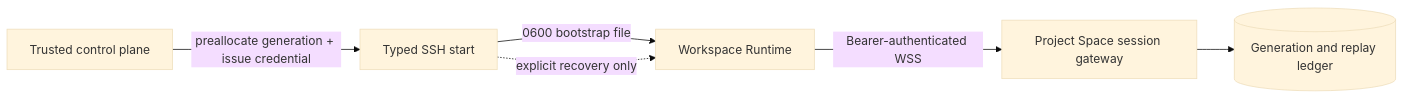
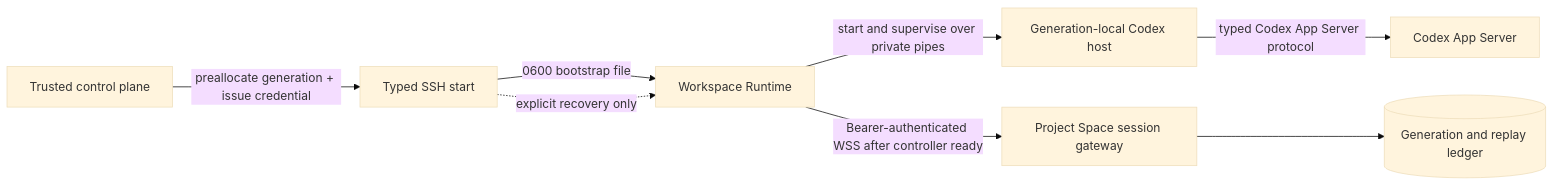
The diagram in docs/workspace-runtime-sessions.md (DotNaos/project-space), drawn with Mermaid (base theme) before and after one commit. The commit also changed other lines of this file and 26 other files, not shown here.

Commit message:
Implement generation-local Codex host controller

````diff
--- a/docs/workspace-runtime-sessions.md
+++ b/docs/workspace-runtime-sessions.md
@@ -16,8 +16,10 @@
 ```mermaid
 flowchart LR
   CP[Trusted control plane] -->|preallocate generation + issue credential| SSH[Typed SSH start]
   SSH -->|0600 bootstrap file| RT[Workspace Runtime]
-  RT -->|Bearer-authenticated WSS| WS[Project Space session gateway]
+  RT -->|start and supervise over private pipes| CH[Generation-local Codex host]
+  CH -->|typed Codex App Server protocol| CA[Codex App Server]
+  RT -->|Bearer-authenticated WSS after controller ready| WS[Project Space session gateway]
   WS --> DB[(Generation and replay ledger)]
   SSH -. explicit recovery only .-> RT
 ```
````
